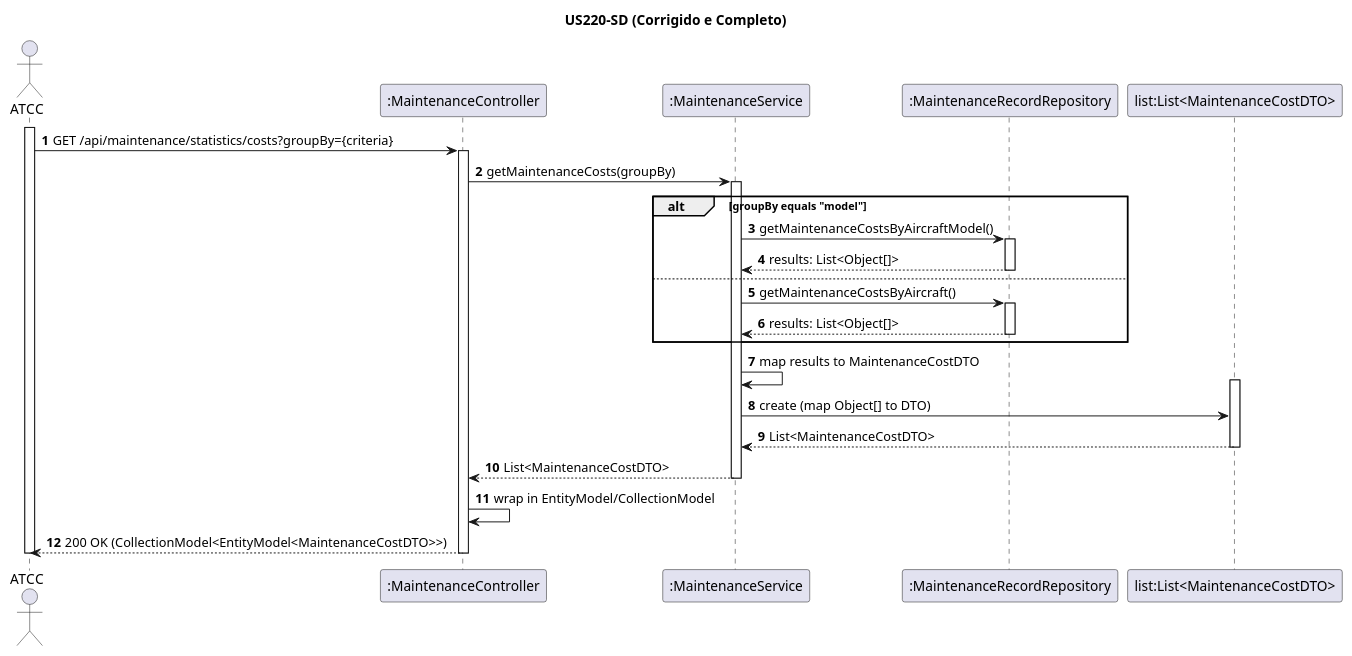
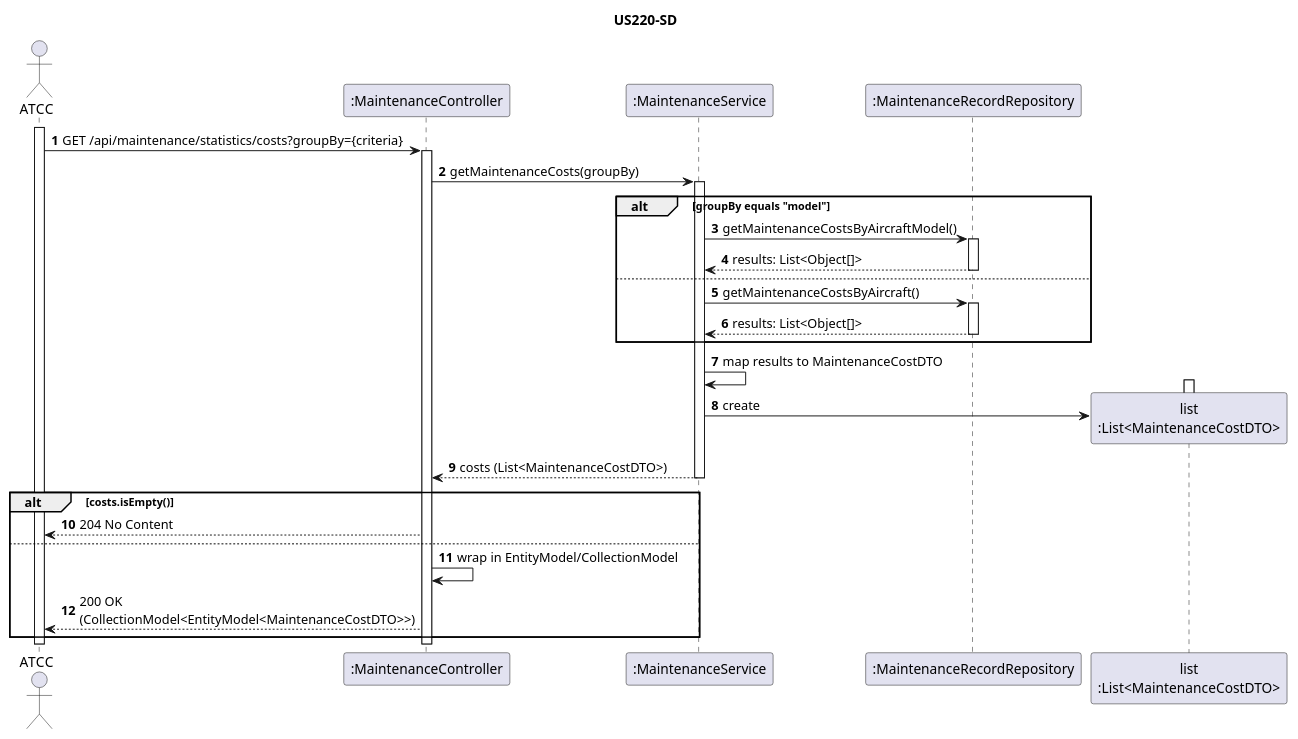
Before and after one commit to anamartasilvaa/PSOFT_AISafe_Flight: the diagram in docs/WP#4B- Enhanced Maintenance Management/US220/US220-SD.puml, drawn with PlantUML. The commit also changed 12 other files, not shown here.

```diff
--- a/docs/WP#4B- Enhanced Maintenance Management/US220/US220-SD.puml
+++ b/docs/WP#4B- Enhanced Maintenance Management/US220/US220-SD.puml
@@ -1,42 +1,46 @@
 @startuml
-title US220-SD (Corrigido e Completo)
+title US220-SD
 autonumber
 actor "ATCC" as Operator
 participant ":MaintenanceController" as Ctrl
 participant ":MaintenanceService" as Service
 participant ":MaintenanceRecordRepository" as Repo
-participant "list:List<MaintenanceCostDTO>" as DTOList
+participant "list\n:List<MaintenanceCostDTO>" as DTOList
 
 activate Operator
 Operator -> Ctrl : GET /api/maintenance/statistics/costs?groupBy={criteria}
 activate Ctrl
 
 Ctrl -> Service : getMaintenanceCosts(groupBy)
 activate Service
 
 alt groupBy equals "model"
     Service -> Repo : getMaintenanceCostsByAircraftModel()
     activate Repo
     Repo --> Service : results: List<Object[]>
     deactivate Repo
 else
     Service -> Repo : getMaintenanceCostsByAircraft()
     activate Repo
     Repo --> Service : results: List<Object[]>
     deactivate Repo
 end
 
 Service -> Service : map results to MaintenanceCostDTO
 activate DTOList
-Service -> DTOList : create (map Object[] to DTO)
-DTOList --> Service : List<MaintenanceCostDTO>
+Service -> DTOList ** : create
 deactivate DTOList
 
-Service --> Ctrl : List<MaintenanceCostDTO>
+Service --> Ctrl : costs (List<MaintenanceCostDTO>)
 deactivate Service
 
-Ctrl -> Ctrl : wrap in EntityModel/CollectionModel
-Ctrl --> Operator : 200 OK (CollectionModel<EntityModel<MaintenanceCostDTO>>)
+alt costs.isEmpty()
+    Ctrl --> Operator : 204 No Content
+else
+    Ctrl -> Ctrl : wrap in EntityModel/CollectionModel
+    Ctrl --> Operator : 200 OK\n(CollectionModel<EntityModel<MaintenanceCostDTO>>)
+end
+
 deactivate Ctrl
 deactivate Operator
 @enduml
```
